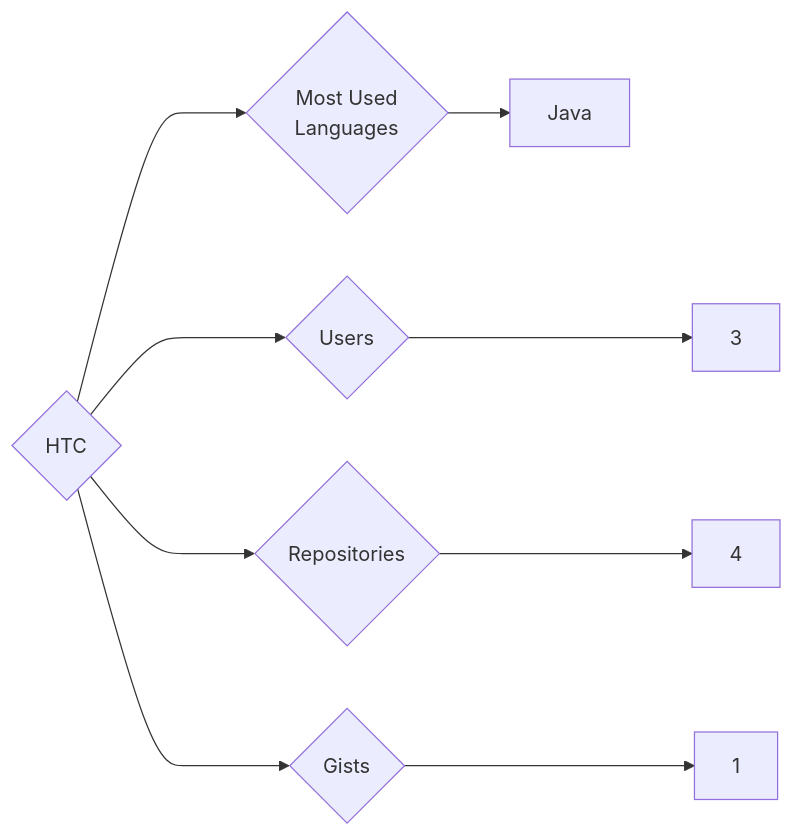
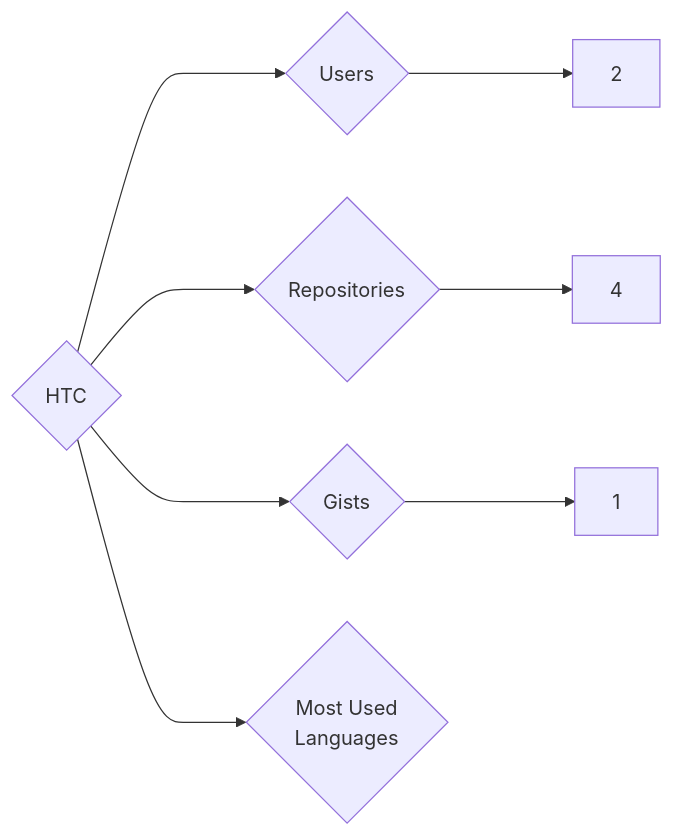
Before and after one commit to trickest/insiders: the diagram in targets/HTC/README.md, drawn with Mermaid. The commit also changed 636 other files, not shown here.

````diff
--- a/targets/HTC/README.md
+++ b/targets/HTC/README.md
@@ -3,9 +3,8 @@
 ```mermaid
 graph LR
 COMPANY_NAME{HTC}
-COMPANY_NAME ---> U{Users} ---> UN[3]
+COMPANY_NAME ---> U{Users} ---> UN[2]
 COMPANY_NAME ---> R{Repositories} ---> RN[4]
 COMPANY_NAME ---> G{Gists} ---> GN[1]
 COMPANY_NAME ---> ML{Most Used<br>Languages}
-ML --> Java[Java]
 ```
````
